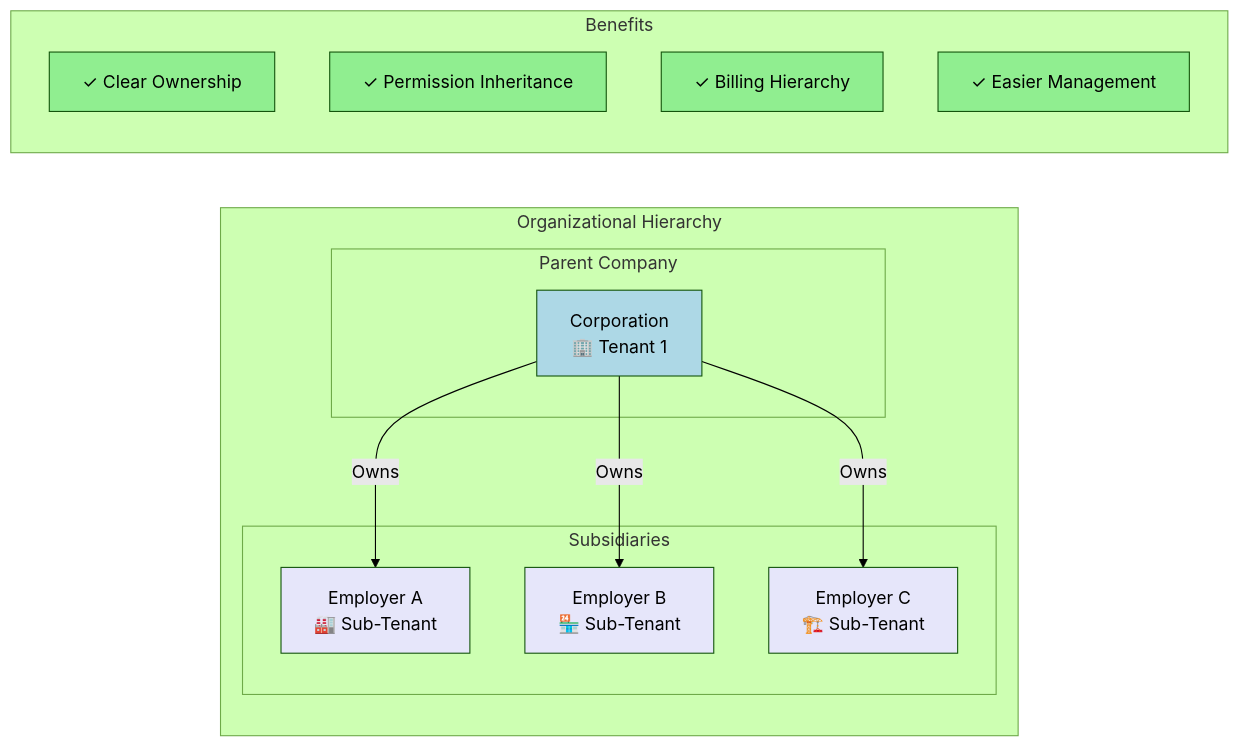
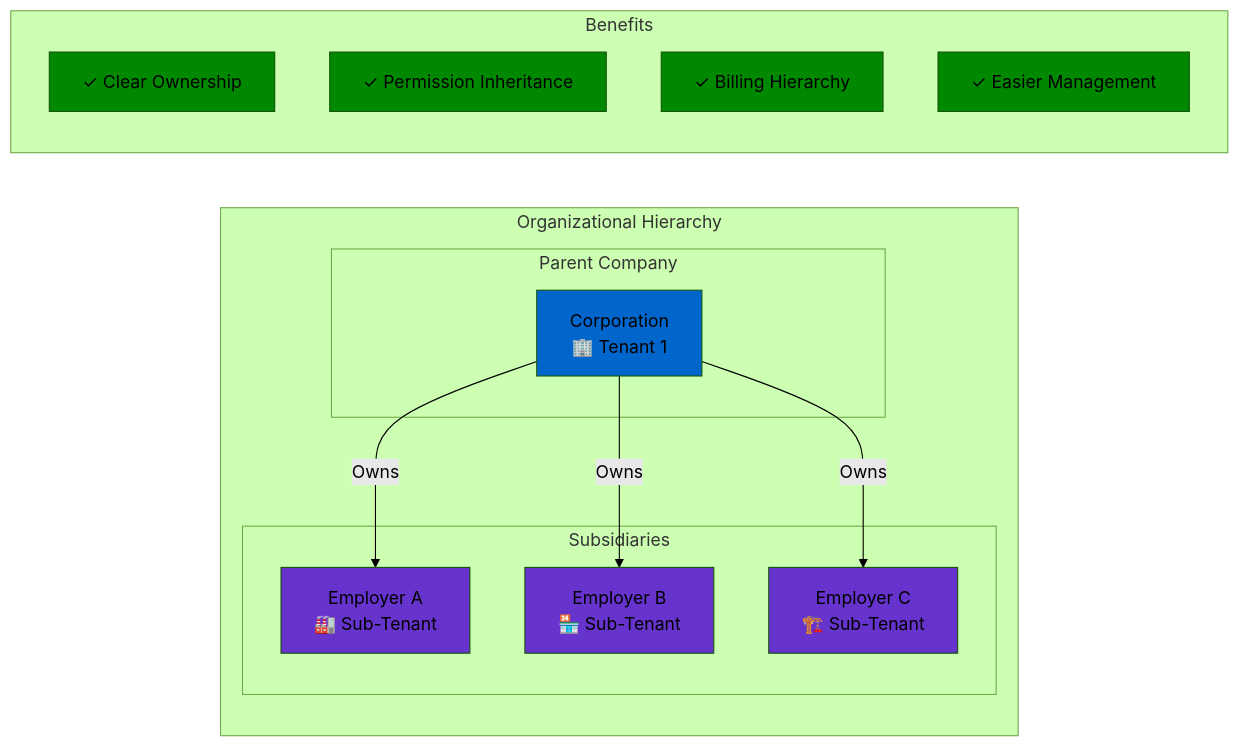
The ninth of 21 diagrams in docs/architecture/challenges-and-solutions.md (hi-dil/SSO-POC), drawn with Mermaid (forest theme) before and after one commit. The commit also changed other lines of this file, not shown here.

````diff
--- a/docs/architecture/challenges-and-solutions.md
+++ b/docs/architecture/challenges-and-solutions.md
@@ -286,34 +283,34 @@
 ```mermaid
 graph LR
     subgraph "Organizational Hierarchy"
         subgraph "Parent Company"
             P[Corporation<br/>🏢 Tenant 1]
         end
         
         subgraph "Subsidiaries"
             S1[Employer A<br/>🏭 Sub-Tenant]
             S2[Employer B<br/>🏪 Sub-Tenant]
             S3[Employer C<br/>🏗️ Sub-Tenant]
         end
         
         P -->|Owns| S1
         P -->|Owns| S2
         P -->|Owns| S3
     end
     
     subgraph "Benefits"
         B1[✓ Clear Ownership]
         B2[✓ Permission Inheritance]
         B3[✓ Billing Hierarchy]
         B4[✓ Easier Management]
     end
     
-    style P fill:#ADD8E6
-    style S1 fill:#E6E6FA
-    style S2 fill:#E6E6FA
-    style S3 fill:#E6E6FA
-    style B1 fill:#90EE90
-    style B2 fill:#90EE90
-    style B3 fill:#90EE90
-    style B4 fill:#90EE90
+    style P fill:#0066cc
+    style S1 fill:#6633cc
+    style S2 fill:#6633cc
+    style S3 fill:#6633cc
+    style B1 fill:#008800
+    style B2 fill:#008800
+    style B3 fill:#008800
+    style B4 fill:#008800
 ```
````
